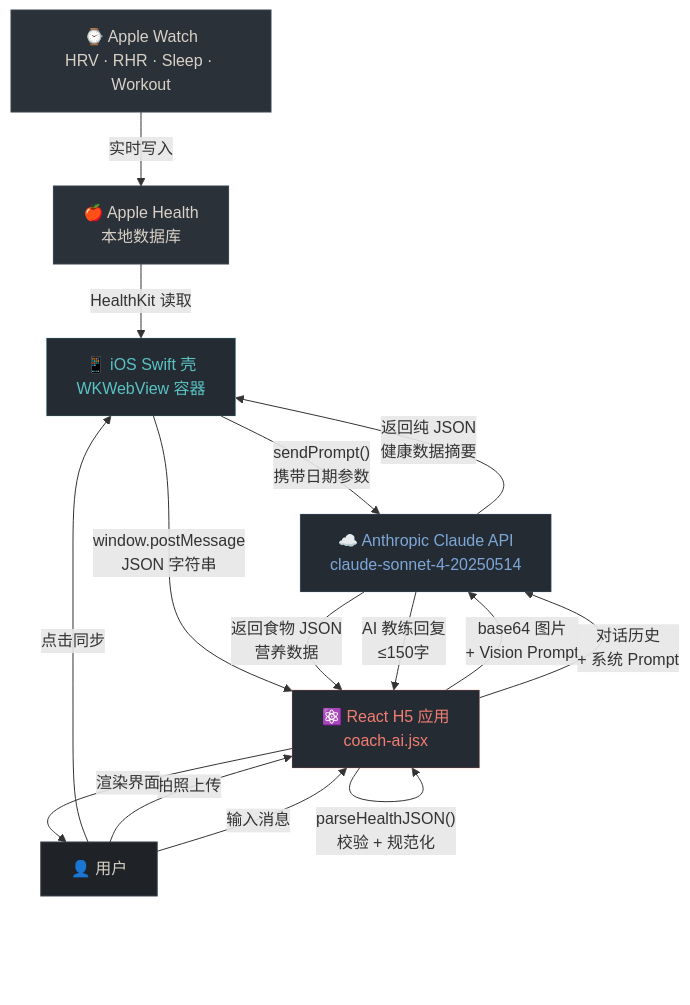
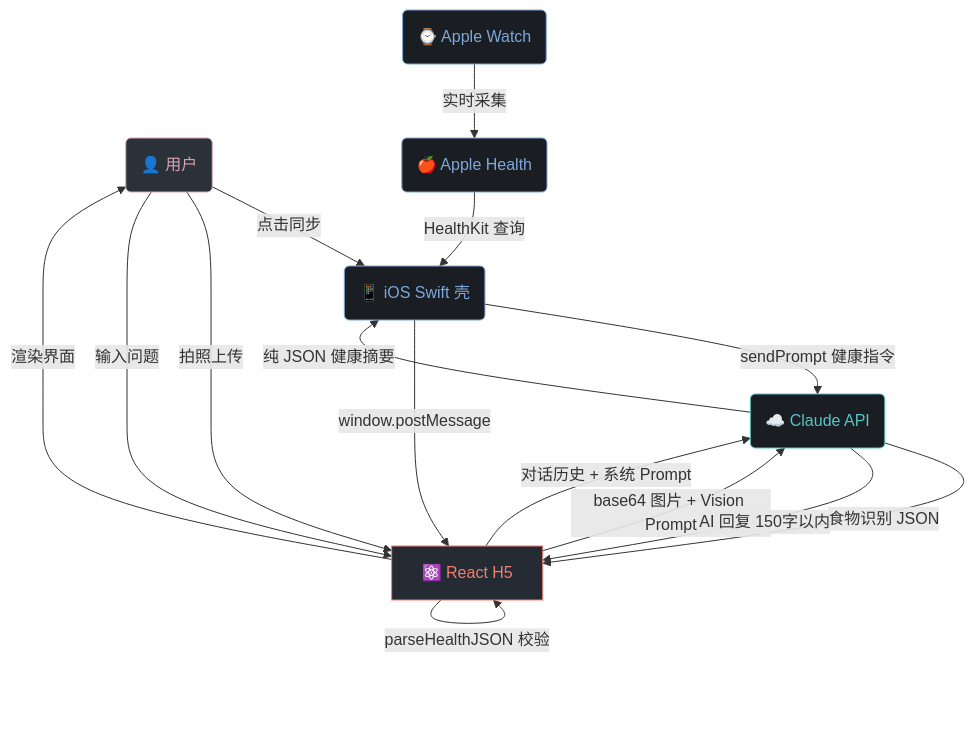
The first of 13 diagrams in design/product-spec-v1.0.md (hengxinliang-design/coachAI), drawn with Mermaid before and after one commit. The commit also changed other lines of this file, not shown here.

First line of the commit message:
fix: rewrite Appendix A Mermaid diagrams — fix parse errors & visual consistency

````diff
--- a/design/product-spec-v1.0.md
+++ b/design/product-spec-v1.0.md
@@ -644,34 +655,34 @@
 ```mermaid
-flowchart TD
-    AW["⌚ Apple Watch\nHRV · RHR · Sleep · Workout"]
-    AH["🍎 Apple Health\n本地数据库"]
-    IOS["📱 iOS Swift 壳\nWKWebView 容器"]
-    CLAUDE_API["☁️ Anthropic Claude API\nclaude-sonnet-4-20250514"]
-    H5["⚛️ React H5 应用\ncoach-ai.jsx"]
-    USER["👤 用户"]
+flowchart TB
+    classDef ext fill:#1A1E23,stroke:#7DA7D9,color:#7DA7D9
+    classDef app fill:#252B32,stroke:#F27D72,color:#F27D72
+    classDef ai  fill:#1A1E23,stroke:#59C3C3,color:#59C3C3
+    classDef usr fill:#2B3138,stroke:#D9A5B3,color:#D9A5B3
 
-    AW -->|"实时写入"| AH
-    AH -->|"HealthKit 读取"| IOS
-    USER -->|"点击同步"| IOS
-    IOS -->|"sendPrompt()\n携带日期参数"| CLAUDE_API
-    CLAUDE_API -->|"返回纯 JSON\n健康数据摘要"| IOS
-    IOS -->|"window.postMessage\nJSON 字符串"| H5
-    H5 -->|"parseHealthJSON()\n校验 + 规范化"| H5
+    U("👤 用户")
+    AW("⌚ Apple Watch")
+    AH("🍎 Apple Health")
+    IOS("📱 iOS Swift 壳")
+    H5["⚛️ React H5"]
+    CA("☁️ Claude API")
 
-    USER -->|"拍照上传"| H5
-    H5 -->|"base64 图片\n+ Vision Prompt"| CLAUDE_API
-    CLAUDE_API -->|"返回食物 JSON\n营养数据"| H5
+    AW -->|"实时采集"| AH
+    AH -->|"HealthKit 查询"| IOS
+    U -->|"点击同步"| IOS
+    IOS -->|"sendPrompt 健康指令"| CA
+    CA -->|"纯 JSON 健康摘要"| IOS
+    IOS -->|"window.postMessage"| H5
+    H5 -->|"parseHealthJSON 校验"| H5
+    U -->|"拍照上传"| H5
+    H5 -->|"base64 图片 + Vision Prompt"| CA
+    CA -->|"食物识别 JSON"| H5
+    U -->|"输入问题"| H5
+    H5 -->|"对话历史 + 系统 Prompt"| CA
+    CA -->|"AI 回复 150字以内"| H5
+    H5 -->|"渲染界面"| U
 
-    USER -->|"输入消息"| H5
-    H5 -->|"对话历史\n+ 系统 Prompt"| CLAUDE_API
-    CLAUDE_API -->|"AI 教练回复\n≤150字"| H5
-
-    H5 -->|"渲染界面"| USER
-
-    style AW fill:#2B3138,color:#D8D1C7,stroke:#39424F
-    style AH fill:#2B3138,color:#D8D1C7,stroke:#39424F
-    style IOS fill:#252B32,color:#59C3C3,stroke:#59C3C340
-    style CLAUDE_API fill:#252B32,color:#7DA7D9,stroke:#7DA7D940
-    style H5 fill:#252B32,color:#F27D72,stroke:#F27D7240
-    style USER fill:#1F2328,color:#D8D1C7,stroke:#39424F
+    class AW,AH,IOS ext
+    class H5 app
+    class CA ai
+    class U usr
 ```
````
